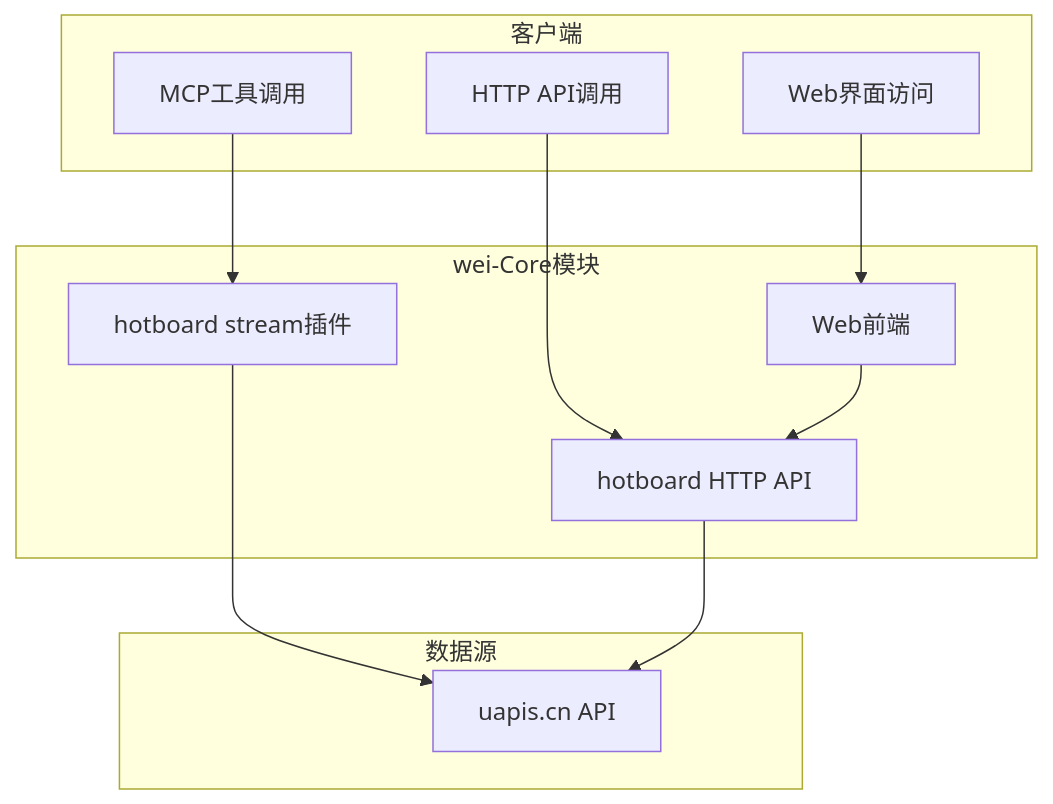
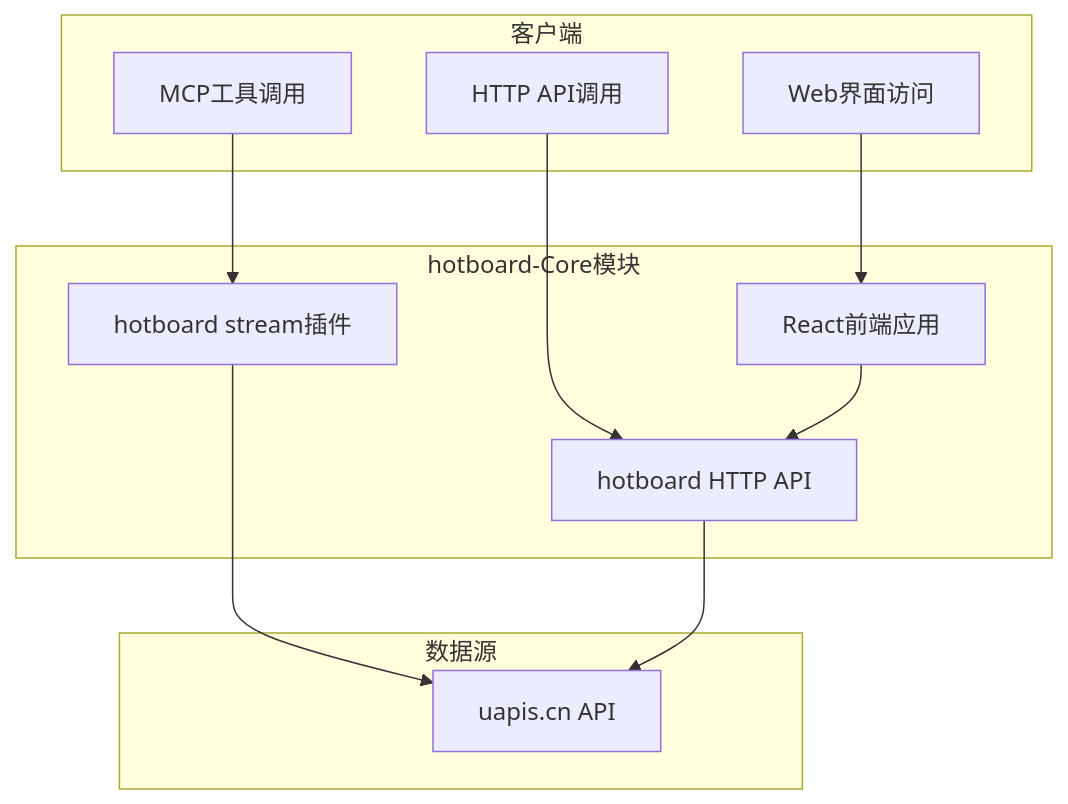
One commit to liuyingjiang-wei/wei-Core changed the diagram in README.md. Above: the diagram before and after it, drawn with Mermaid. The commit also changed other lines of this file, not shown here.

````diff
--- a/README.md
+++ b/README.md
@@ -177,26 +178,26 @@
 ```mermaid
 flowchart TD
     subgraph 客户端
         A[MCP工具调用]
         B[HTTP API调用]
         C[Web界面访问]
     end
     
-    subgraph wei-Core模块
+    subgraph hotboard-Core模块
         D[hotboard stream插件]
         E[hotboard HTTP API]
-        F[Web前端]
+        F[React前端应用]
     end
     
     subgraph 数据源
         G[uapis.cn API]
     end
     
     A --> D
     B --> E
     C --> F
     
     D --> G
     E --> G
     F --> E
 ```
````
